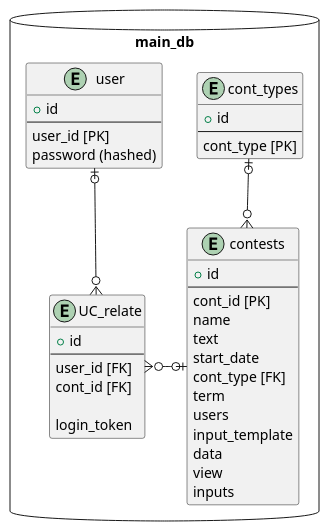
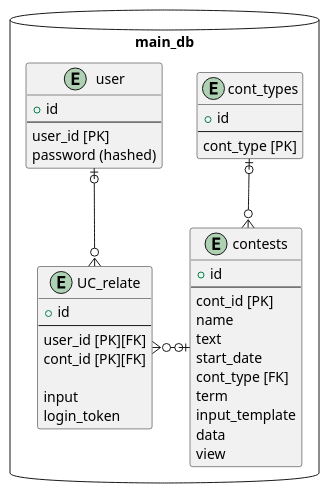
The diagram in doc/uml/table.pu (seser1/apiCont), drawn with PlantUML before and after one commit. The commit also changed 14 other files, not shown here.

```diff
--- a/doc/uml/table.pu
+++ b/doc/uml/table.pu
@@ -1,51 +1,50 @@
 @startuml table
 
 
 package main_db as ext <<Database>> {
 
   entity contests {
     + id
     --
     cont_id [PK]
     name
     text
     start_date
     cont_type [FK]
     term
-    users
     input_template
     data
     view
-    inputs
   }
 
 
   entity UC_relate {
     + id
     --
-    user_id [FK]
-    cont_id [FK]
+    user_id [PK][FK]
+    cont_id [PK][FK]
 
+    input
     login_token
   }
 
   entity user {
     + id
     --
     user_id [PK]
     password (hashed)
   }
 
   entity cont_types {
   + id
   --
-  cont_type [PK]
+    cont_type [PK]
   }
+
 }
-
 
 user |o--o{ UC_relate
 UC_relate }o-ri-o| contests
 cont_types |o--o{ contests
 
 @enduml
```
